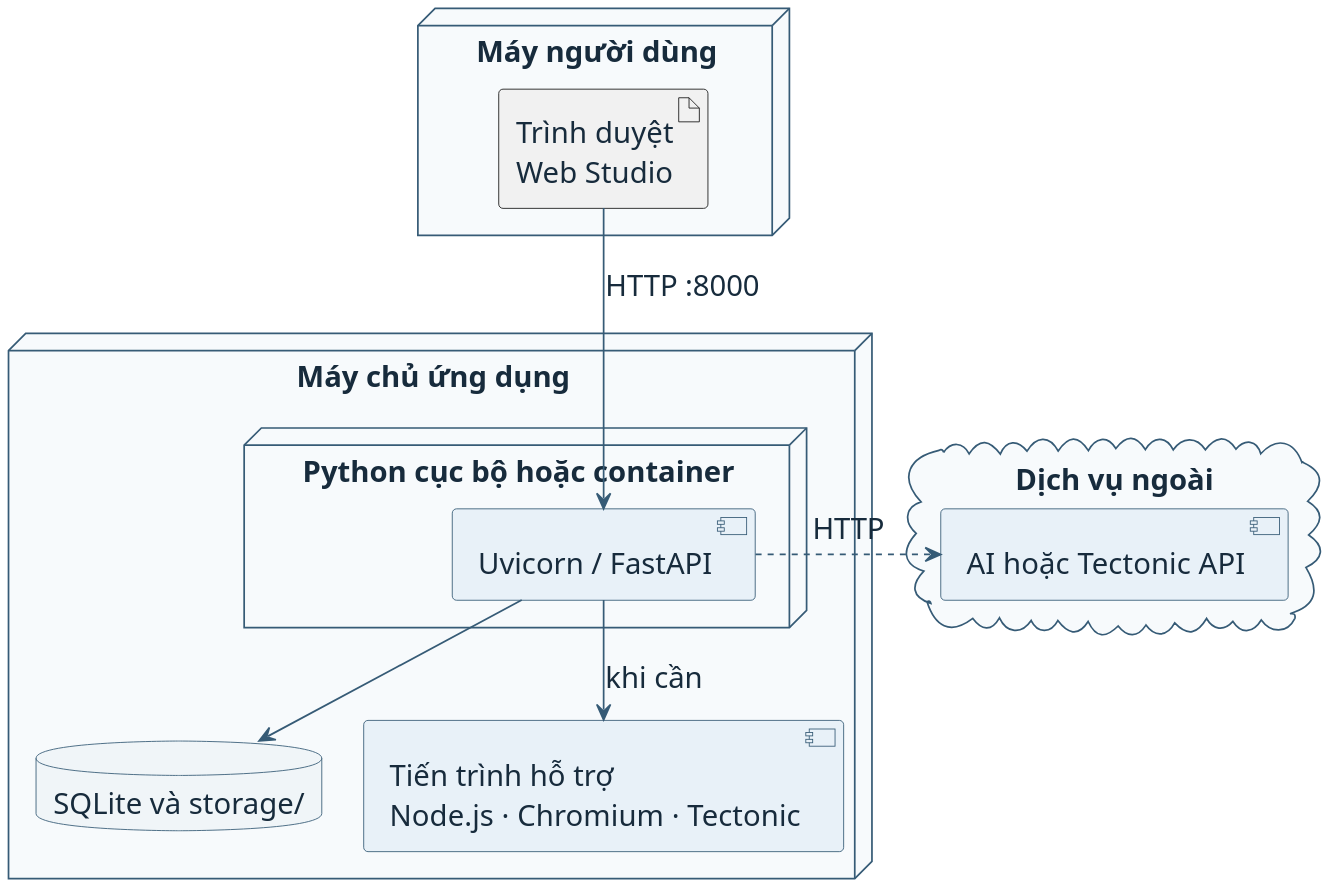
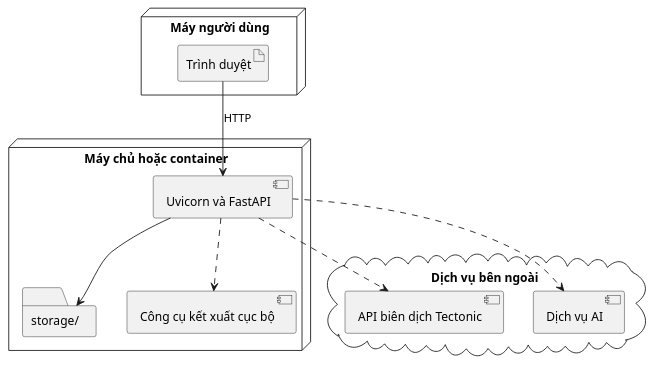
Before and after one commit to ngnsusinn/quesy: the diagram in docs/bao_cao_hien_trang/plantuml/arch_deploy.puml, drawn with PlantUML. The commit also changed 24 other files, not shown here.

Commit message:
docs: rewrite Quesy system reports with default PlantUML diagrams

```diff
--- a/docs/bao_cao_hien_trang/plantuml/arch_deploy.puml
+++ b/docs/bao_cao_hien_trang/plantuml/arch_deploy.puml
@@ -1,39 +1,19 @@
 @startuml
-skinparam backgroundColor white
-skinparam defaultFontName Segoe UI
-skinparam defaultFontSize 17
-skinparam shadowing false
-skinparam ArrowColor #365B76
-skinparam defaultFontColor #172B3C
-skinparam nodesep 24
-skinparam ranksep 26
-scale 2
-skinparam componentStyle uml2
-skinparam componentBackgroundColor #E8F1F8
-skinparam componentBorderColor #365B76
-skinparam databaseBackgroundColor #F0F5F8
-skinparam databaseBorderColor #365B76
-skinparam packageBackgroundColor #F7FAFC
-skinparam packageBorderColor #365B76
-skinparam nodeBackgroundColor #F7FAFC
-skinparam nodeBorderColor #365B76
-
-node "Máy người dùng" as C {
-  artifact "Trình duyệt\nWeb Studio" as WEB
+node "Máy người dùng" {
+  artifact "Trình duyệt" as Web
 }
-node "Máy chủ ứng dụng" as S {
-  node "Python cục bộ hoặc container" as PY {
-    component "Uvicorn / FastAPI" as APP
-  }
-  database "SQLite và storage/" as DB
-  component "Tiến trình hỗ trợ\nNode.js · Chromium · Tectonic" as WORKERS
+node "Máy chủ hoặc container" {
+  [Uvicorn và FastAPI] as App
+  folder "storage/" as Files
+  [Công cụ kết xuất cục bộ] as Local
 }
-cloud "Dịch vụ ngoài" as X {
-  component "AI hoặc Tectonic API" as REMOTE
+cloud "Dịch vụ bên ngoài" {
+  [API biên dịch Tectonic] as TeX
+  [Dịch vụ AI] as AI
 }
-WEB -down-> APP : HTTP :8000
-APP -down-> DB
-APP -down-> WORKERS : khi cần
-APP .right.> REMOTE : HTTP
-DB -[hidden]right- WORKERS
+Web --> App : HTTP
+App --> Files
+App ..> Local
+App ..> TeX
+App ..> AI
 @enduml
```
